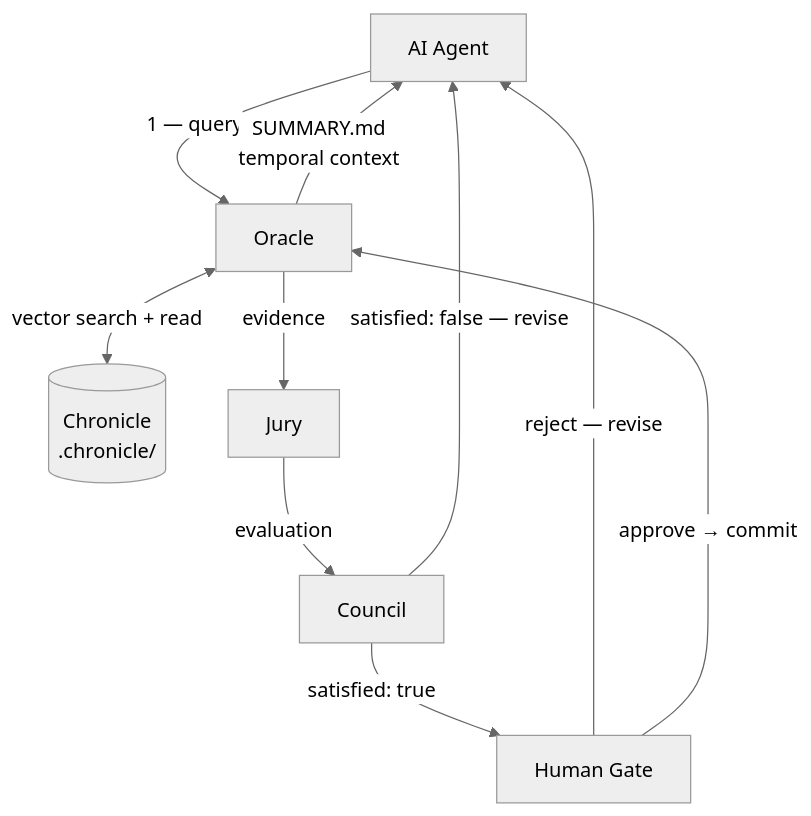
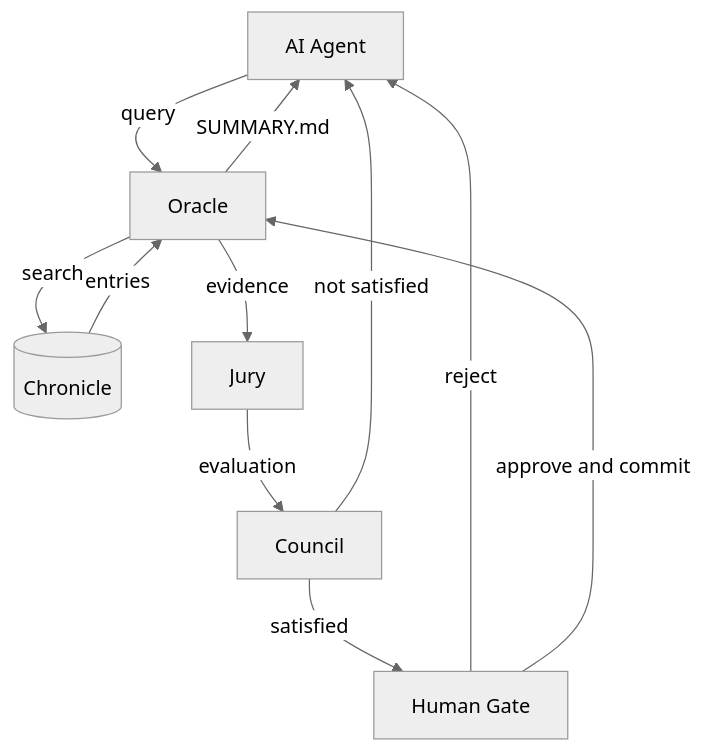
One commit to balpal4495/Quorum changed the first of 2 diagrams in README.md. Above: the diagram before and after it, drawn with Mermaid (neutral theme). The commit also changed other lines of this file, not shown here.

First line of the commit message:
fix: correct Mermaid syntax errors causing blank diagrams on GitHub

````diff
--- a/README.md
+++ b/README.md
@@ -31,12 +31,13 @@
 ```mermaid
 flowchart TD
-    Agent[AI Agent] -->|"1 — query"| Oracle
-    Oracle <-->|"vector search + read"| Chronicle[(Chronicle\n.chronicle/)]
-    Oracle -->|"evidence"| Jury
-    Jury -->|"evaluation"| Council
-    Council -->|"satisfied: false — revise"| Agent
-    Council -->|"satisfied: true"| Gate[Human Gate]
-    Gate -->|"reject — revise"| Agent
-    Gate -->|"approve → commit"| Oracle
-    Oracle -->|"SUMMARY.md\ntemporal context"| Agent
+    Agent[AI Agent] -->|query| Oracle
+    Oracle -->|search| Chronicle[(Chronicle)]
+    Chronicle -->|entries| Oracle
+    Oracle -->|evidence| Jury
+    Jury -->|evaluation| Council
+    Council -->|not satisfied| Agent
+    Council -->|satisfied| Gate[Human Gate]
+    Gate -->|reject| Agent
+    Gate -->|approve and commit| Oracle
+    Oracle -->|SUMMARY.md| Agent
 ```
````
